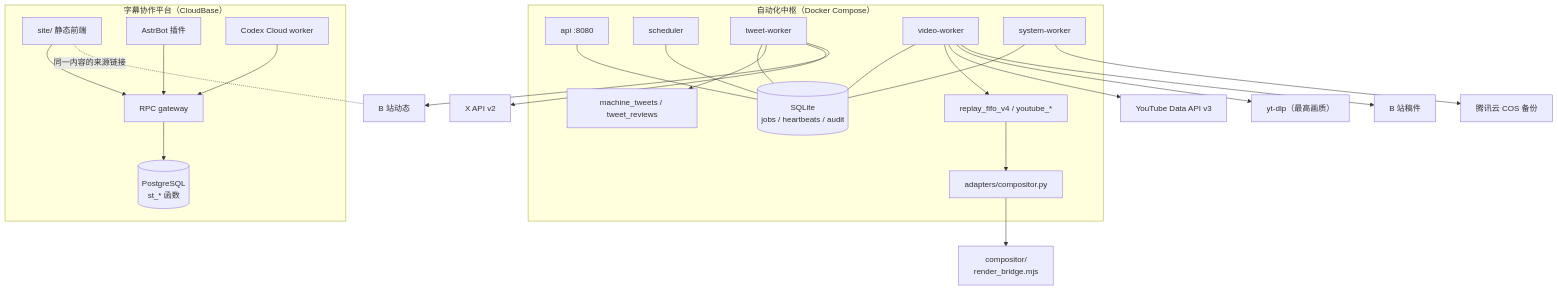
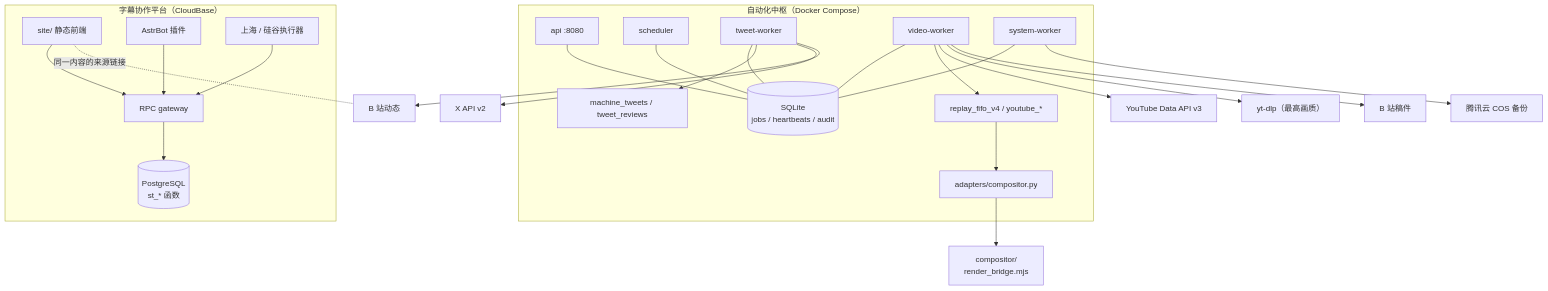
The diagram in docs/architecture.md (l15109514775-ai/lighthouse-automation-hub), drawn with Mermaid before and after one commit. The commit also changed other lines of this file and 1 other file, not shown here.

````diff
--- a/docs/architecture.md
+++ b/docs/architecture.md
@@ -17,36 +17,36 @@
 ```mermaid
 flowchart TB
   subgraph HUB["自动化中枢（Docker Compose）"]
     API["api :8080"]
     SCH["scheduler"]
     TW["tweet-worker"]
     VW["video-worker"]
     SW["system-worker"]
     Q[("SQLite<br/>jobs / heartbeats / audit")]
     API --- Q
     SCH --- Q
     TW --- Q
     VW --- Q
     SW --- Q
     TW --> TM["machine_tweets / tweet_reviews"]
     VW --> RP["replay_fifo_v4 / youtube_*"]
     RP --> COMP["adapters/compositor.py"]
   end
 
   COMP --> NODE["compositor/<br/>render_bridge.mjs"]
   TW --> X["X API v2"]
   VW --> YT["YouTube Data API v3"]
   VW --> DL["yt-dlp（最高画质）"]
   TW --> BILI["B 站动态"]
   VW --> BILIV["B 站稿件"]
   SW --> COS["腾讯云 COS 备份"]
 
   subgraph PLAT["字幕协作平台（CloudBase）"]
     SITE["site/ 静态前端"] --> GW["RPC gateway"]
     GW --> PG[("PostgreSQL<br/>st_* 函数")]
     BOT["AstrBot 插件"] --> GW
-    CLOUD["Codex Cloud worker"] --> GW
+    CLOUD["上海 / 硅谷执行器"] --> GW
   end
 
   SITE -. "同一内容的来源链接" .- BILI
 ```
````
